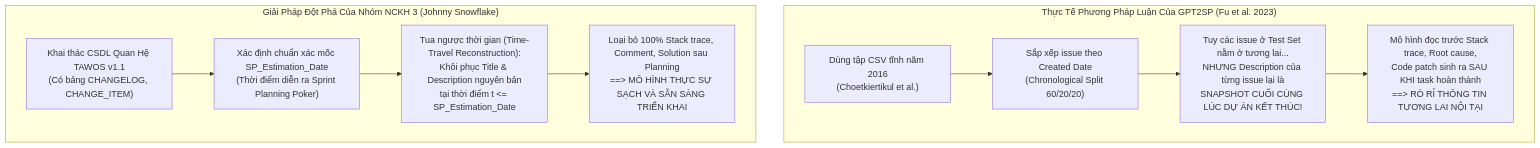
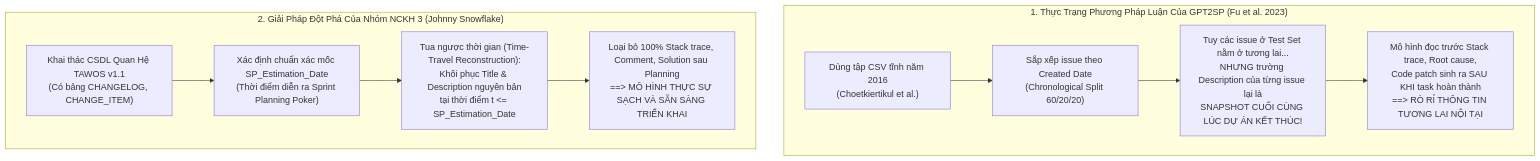
The first of 3 diagrams in docs/articles/paper-information/critical-thinking/09_data_leakage_analysis_and_action_plan.md (snowflake-vibing/NCKH_Johnny_Snowflake), drawn with Mermaid before and after one commit. The commit also changed other lines of this file and 2 other files, not shown here.

````diff
--- a/docs/articles/paper-information/critical-thinking/09_data_leakage_analysis_and_action_plan.md
+++ b/docs/articles/paper-information/critical-thinking/09_data_leakage_analysis_and_action_plan.md
@@ -26,14 +25,14 @@
 ```mermaid
 flowchart TD
-    subgraph GPT2SP_Setup["Thực Tế Phương Pháp Luận Của GPT2SP (Fu et al. 2023)"]
+    subgraph GPT2SP_Flaw["1. Thực Trạng Phương Pháp Luận Của GPT2SP (Fu et al. 2023)"]
         A1["Dùng tập CSV tĩnh năm 2016\n(Choetkiertikul et al.)"] --> A2["Sắp xếp issue theo Created Date\n(Chronological Split 60/20/20)"]
-        A2 --> A3["Tuy các issue ở Test Set nằm ở tương lai...\nNHƯNG Description của từng issue lại là\nSNAPSHOT CUỐI CÙNG LÚC DỰ ÁN KẾT THÚC!"]
+        A2 --> A3["Tuy các issue ở Test Set nằm ở tương lai...\nNHƯNG trường Description của từng issue lại là\nSNAPSHOT CUỐI CÙNG LÚC DỰ ÁN KẾT THÚC!"]
         A3 --> A4["Mô hình đọc trước Stack trace, Root cause,\nCode patch sinh ra SAU KHI task hoàn thành\n==> RÒ RỈ THÔNG TIN TƯƠNG LAI NỘI TẠI"]
     end
 
-    subgraph Solution_Group3["Giải Pháp Đột Phá Của Nhóm NCKH 3 (Johnny Snowflake)"]
+    subgraph Solution_Group3["2. Giải Pháp Đột Phá Của Nhóm NCKH 3 (Johnny Snowflake)"]
         B1["Khai thác CSDL Quan Hệ TAWOS v1.1\n(Có bảng CHANGELOG, CHANGE_ITEM)"] --> B2["Xác định chuẩn xác mốc SP_Estimation_Date\n(Thời điểm diễn ra Sprint Planning Poker)"]
         B2 --> B3["Tua ngược thời gian (Time-Travel Reconstruction):\nKhôi phục Title & Description nguyên bản\ntại thời điểm t <= SP_Estimation_Date"]
         B3 --> B4["Loại bỏ 100% Stack trace, Comment, Solution sau Planning\n==> MÔ HÌNH THỰC SỰ SẠCH VÀ SẴN SÀNG TRIỂN KHAI"]
     end
 ```
````
